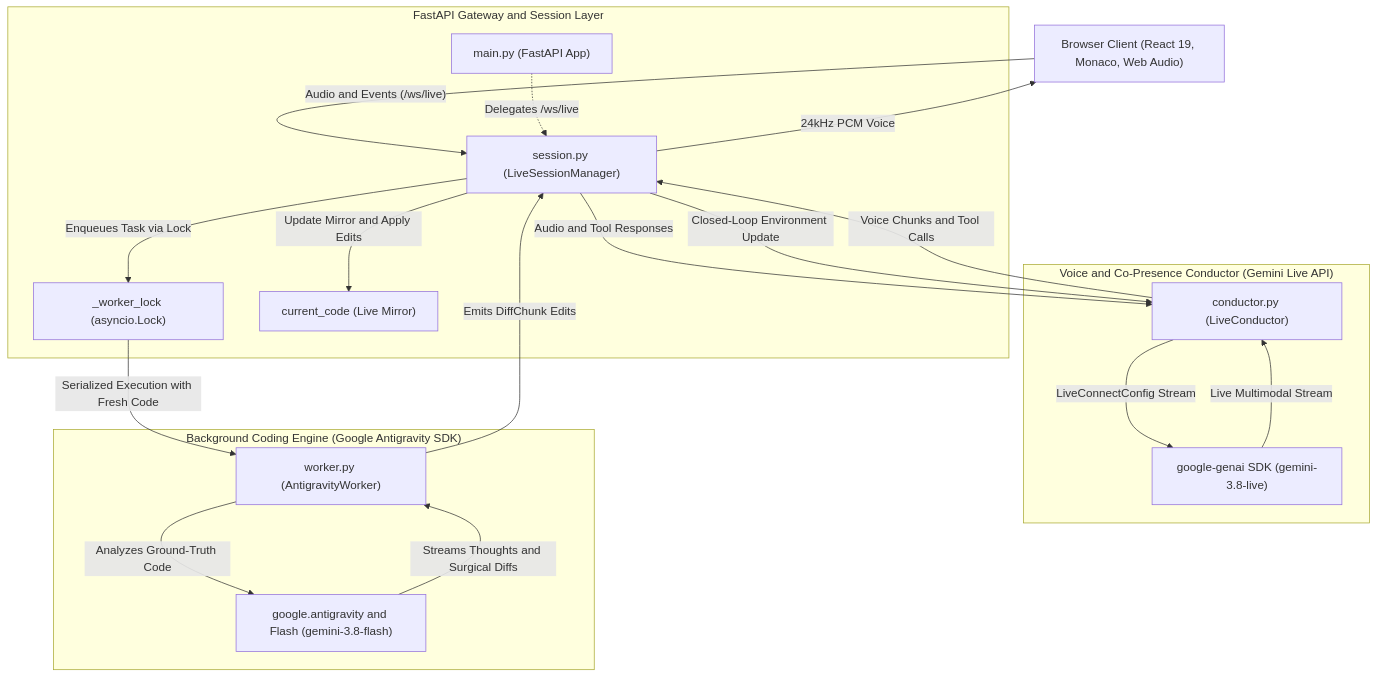
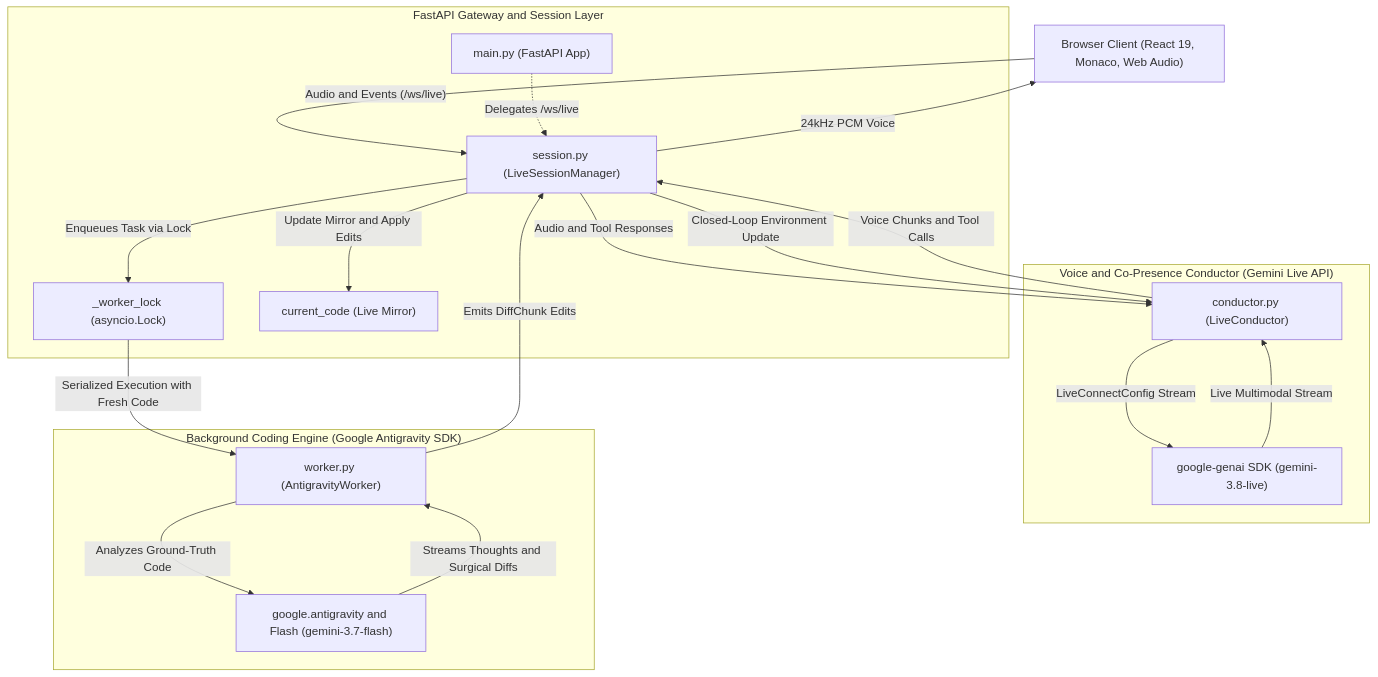
The diagram in BACKEND.md (AndrewMason7/gemini-player-2), drawn with Mermaid before and after one commit. The commit also changed other lines of this file and 15 other files, not shown here.

````diff
--- a/BACKEND.md
+++ b/BACKEND.md
@@ -19,37 +19,37 @@
 ```mermaid
 flowchart TD
     Client["Browser Client (React 19, Monaco, Web Audio)"]
     
     subgraph Gateway ["FastAPI Gateway and Session Layer"]
         Main["main.py (FastAPI App)"]
         Session["session.py (LiveSessionManager)"]
         Lock["_worker_lock (asyncio.Lock)"]
         Mirror["current_code (Live Mirror)"]
     end
     
     subgraph ConductorEngine ["Voice and Co-Presence Conductor (Gemini Live API)"]
         Conductor["conductor.py (LiveConductor)"]
         GeminiLive["google-genai SDK (gemini-3.8-live)"]
     end
 
     subgraph CodingEngine ["Background Coding Engine (Google Antigravity SDK)"]
         Worker["worker.py (AntigravityWorker)"]
-        FlashModel["google.antigravity and Flash (gemini-3.8-flash)"]
+        FlashModel["google.antigravity and Flash (gemini-3.7-flash)"]
     end
 
     Client -->|"Audio and Events (/ws/live)"| Session
     Session -->|"24kHz PCM Voice"| Client
     Main -.->|"Delegates /ws/live"| Session
     Session -->|"Audio and Tool Responses"| Conductor
     Conductor -->|"Voice Chunks and Tool Calls"| Session
     Conductor -->|"LiveConnectConfig Stream"| GeminiLive
     GeminiLive -->|"Live Multimodal Stream"| Conductor
     
     Session -->|"Enqueues Task via Lock"| Lock
     Lock -->|"Serialized Execution with Fresh Code"| Worker
     Worker -->|"Analyzes Ground-Truth Code"| FlashModel
     FlashModel -->|"Streams Thoughts and Surgical Diffs"| Worker
     Worker -->|"Emits DiffChunk Edits"| Session
     Session -->|"Update Mirror and Apply Edits"| Mirror
     Session -->|"Closed-Loop Environment Update"| Conductor
 ```
````
